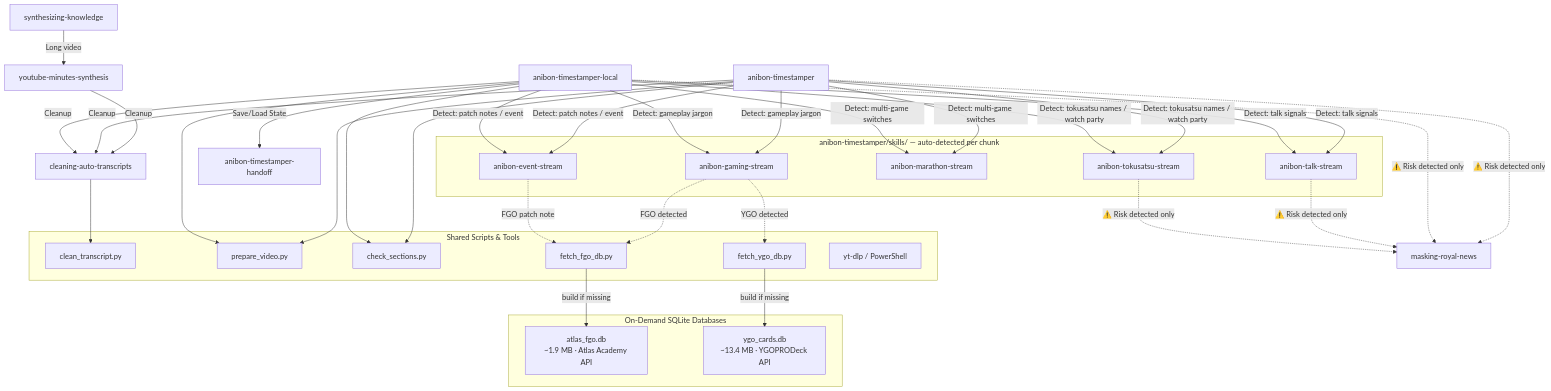
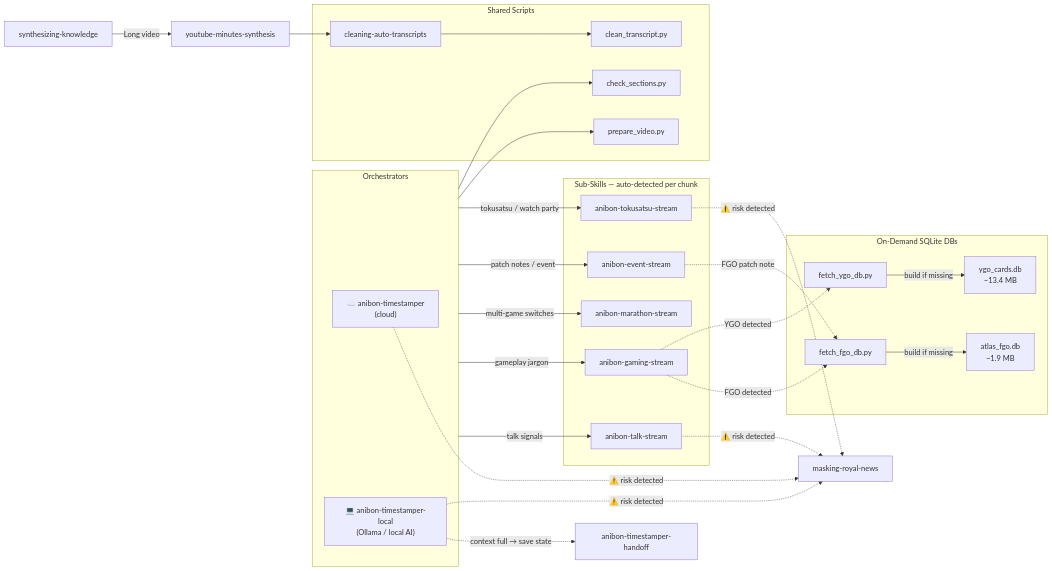
Before and after one commit to ZenitHTH/anibon-stream-synthesis: the diagram in README.md, drawn with Mermaid.

Commit message:
polish: rewrite dependency graph — LR layout, collapse duplicate AT/ATL detect edges, clean subgraphs

````diff
--- a/README.md
+++ b/README.md
@@ -105,57 +105,60 @@
 ```mermaid
-graph TD
-    SK[synthesizing-knowledge] -->|Long video| YMS[youtube-minutes-synthesis]
-    YMS -->|Cleanup| CAT[cleaning-auto-transcripts]
-    AT[anibon-timestamper] -->|Cleanup| CAT
-    ATL[anibon-timestamper-local] -->|Cleanup| CAT
-    ATL -->|Save/Load State| ATH[anibon-timestamper-handoff]
-    AT -.->|"⚠️ Risk detected only"| MRN[masking-royal-news]
-    ATL -.->|"⚠️ Risk detected only"| MRN
+graph LR
+    subgraph Orchestrators
+        AT["☁️ anibon-timestamper\n(cloud)"]
+        ATL["💻 anibon-timestamper-local\n(Ollama / local AI)"]
+    end
 
-    subgraph "anibon-timestamper/skills/ — auto-detected per chunk"
+    subgraph Sub-Skills["Sub-Skills — auto-detected per chunk"]
         TS[anibon-talk-stream]
         GS[anibon-gaming-stream]
         MS[anibon-marathon-stream]
         ES[anibon-event-stream]
         TK[anibon-tokusatsu-stream]
     end
 
-    AT -->|Detect: talk signals| TS
-    AT -->|Detect: gameplay jargon| GS
-    AT -->|Detect: multi-game switches| MS
-    AT -->|Detect: patch notes / event| ES
-    AT -->|Detect: tokusatsu names / watch party| TK
-    
-    ATL -->|Detect: talk signals| TS
-    ATL -->|Detect: gameplay jargon| GS
-    ATL -->|Detect: multi-game switches| MS
-    ATL -->|Detect: patch notes / event| ES
-    ATL -->|Detect: tokusatsu names / watch party| TK
-    
-    TS -.->|"⚠️ Risk detected only"| MRN
-    TK -.->|"⚠️ Risk detected only"| MRN
+    subgraph Scripts["Shared Scripts"]
+        PV[prepare_video.py]
+        CAT[cleaning-auto-transcripts]
+        CT[clean_transcript.py]
+        CS[check_sections.py]
+    end
 
-    subgraph "Shared Scripts & Tools"
-        CT[clean_transcript.py]
-        PV[prepare_video.py]
-        CS[check_sections.py]
-        FGO[fetch_fgo_db.py]
-        YGO[fetch_ygo_db.py]
-        Native[yt-dlp / PowerShell]
+    subgraph DBs["On-Demand SQLite DBs"]
+        FGOS[fetch_fgo_db.py]
+        YGOS[fetch_ygo_db.py]
+        FGODB["atlas_fgo.db\n~1.9 MB"]
+        YGODB["ygo_cards.db\n~13.4 MB"]
     end
+
+    SK[synthesizing-knowledge] -->|Long video| YMS[youtube-minutes-synthesis]
+    YMS --> CAT
+
+    %% Both orchestrators share the same sub-skill routing
+    Orchestrators -->|talk signals| TS
+    Orchestrators -->|gameplay jargon| GS
+    Orchestrators -->|multi-game switches| MS
+    Orchestrators -->|patch notes / event| ES
+    Orchestrators -->|tokusatsu / watch party| TK
+
+    %% Both use shared scripts
+    Orchestrators --> PV
+    Orchestrators --> CS
     CAT --> CT
-    AT --> PV
-    ATL --> PV
-    AT --> CS
-    ATL --> CS
 
-    subgraph "On-Demand SQLite Databases"
-        FGODB["atlas_fgo.db\n~1.9 MB · Atlas Academy API"]
-        YGODB["ygo_cards.db\n~13.4 MB · YGOPRODeck API"]
-    end
-    FGO -->|"build if missing"| FGODB
-    YGO -->|"build if missing"| YGODB
-    GS -.->|"FGO detected"| FGO
-    GS -.->|"YGO detected"| YGO
-    ES -.->|"FGO patch note"| FGO
+    %% ATL-only: handoff for context exhaustion
+    ATL -.->|"context full → save state"| ATH[anibon-timestamper-handoff]
+
+    %% Safety masking — only when risk signals detected
+    AT -.->|"⚠️ risk detected"| MRN[masking-royal-news]
+    ATL -.->|"⚠️ risk detected"| MRN
+    TS -.->|"⚠️ risk detected"| MRN
+    TK -.->|"⚠️ risk detected"| MRN
+
+    %% DB bootstrap chain
+    GS -.->|FGO detected| FGOS
+    ES -.->|FGO patch note| FGOS
+    GS -.->|YGO detected| YGOS
+    FGOS -->|build if missing| FGODB
+    YGOS -->|build if missing| YGODB
 ```
````
